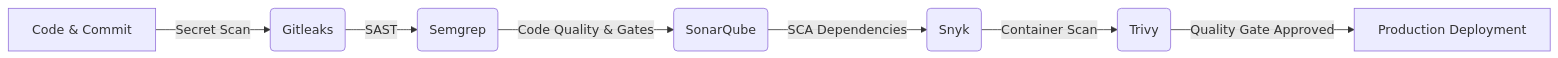
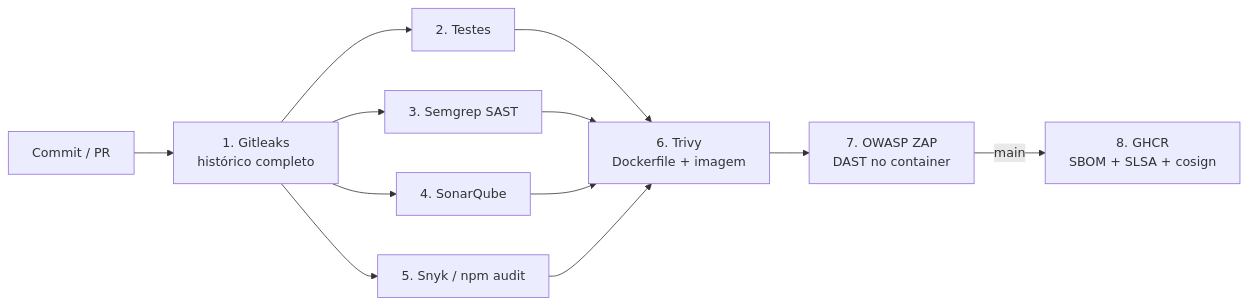
One commit to RicardoP24/SecOps changed the diagram in README.md. Above: the diagram before and after it, drawn with Mermaid. The commit also changed other lines of this file and 5 other files, not shown here.

````diff
--- a/README.md
+++ b/README.md
@@ -17,9 +15,11 @@
 ```mermaid
 flowchart LR
-    A[Code & Commit] -->|Secret Scan| B(Gitleaks)
-    B -->|SAST| C(Semgrep)
-    C -->|Code Quality & Gates| D(SonarQube)
-    D -->|SCA Dependencies| E(Snyk)
-    E -->|Container Scan| F(Trivy)
-    F -->|Quality Gate Approved| G[Production Deployment]
+    A[Commit / PR] --> B[1. Gitleaks<br/>histórico completo]
+    B --> C[2. Testes]
+    B --> D[3. Semgrep SAST]
+    B --> E[4. SonarQube]
+    B --> F[5. Snyk / npm audit]
+    C & D & E & F --> G[6. Trivy<br/>Dockerfile + imagem]
+    G --> H[7. OWASP ZAP<br/>DAST no container]
+    H -->|main| I[8. GHCR<br/>SBOM + SLSA + cosign]
 ```
````
